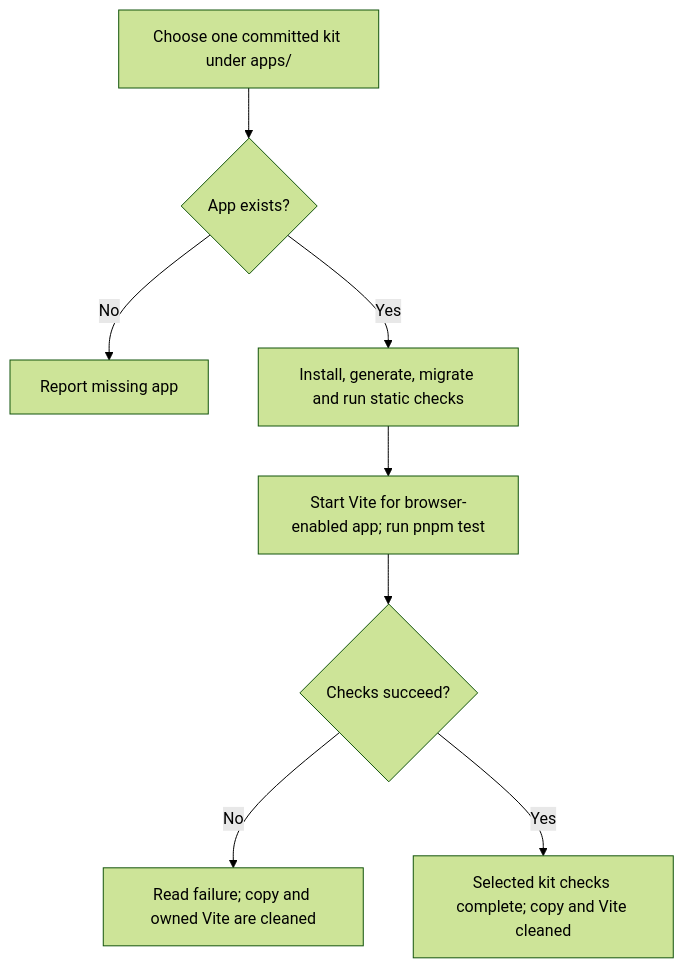
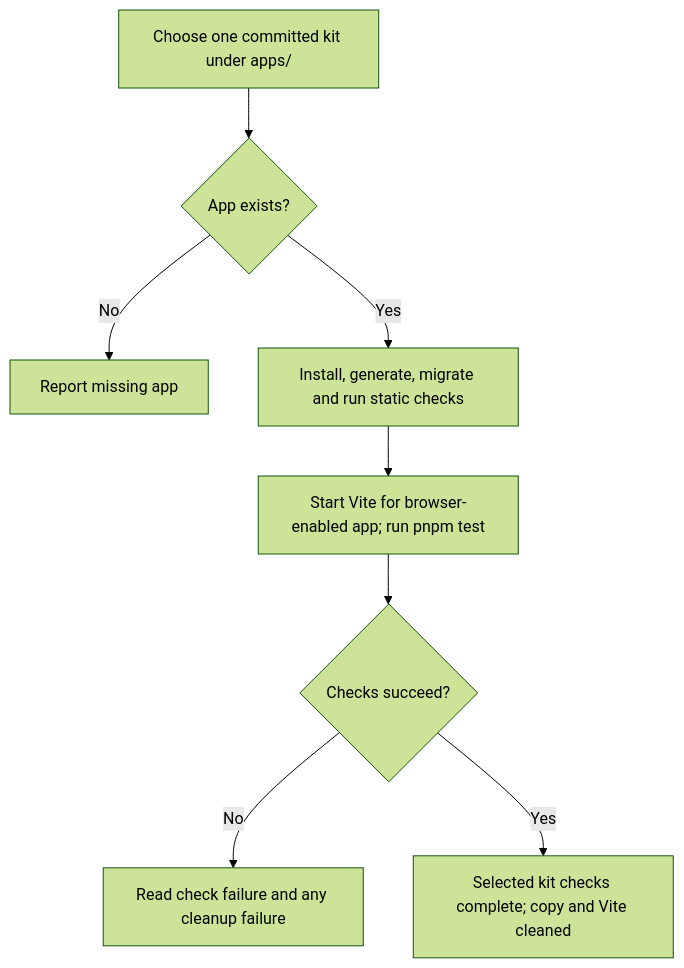
One commit to Kevinjohn/oss-adonisjs-starter-examples changed the first of 2 diagrams in user-stories/operations/us-ops-05-test-kit.md. Above: the diagram before and after it, drawn with Mermaid (forest theme). The commit also changed other lines of this file and 29 other files, not shown here.

````diff
--- a/user-stories/operations/us-ops-05-test-kit.md
+++ b/user-stories/operations/us-ops-05-test-kit.md
@@ -25,10 +25,10 @@
 ```mermaid
 flowchart TD
     A["Choose one committed kit under apps/"] --> B{"App exists?"}
     B -->|No| C["Report missing app"]
     B -->|Yes| D["Install, generate, migrate and run static checks"]
     D --> E["Start Vite for browser-enabled app; run pnpm test"]
     E --> F{"Checks succeed?"}
-    F -->|No| G["Read failure; copy and owned Vite are cleaned"]
+    F -->|No| G["Read check failure and any cleanup failure"]
     F -->|Yes| H["Selected kit checks complete; copy and Vite cleaned"]
 ```
````
